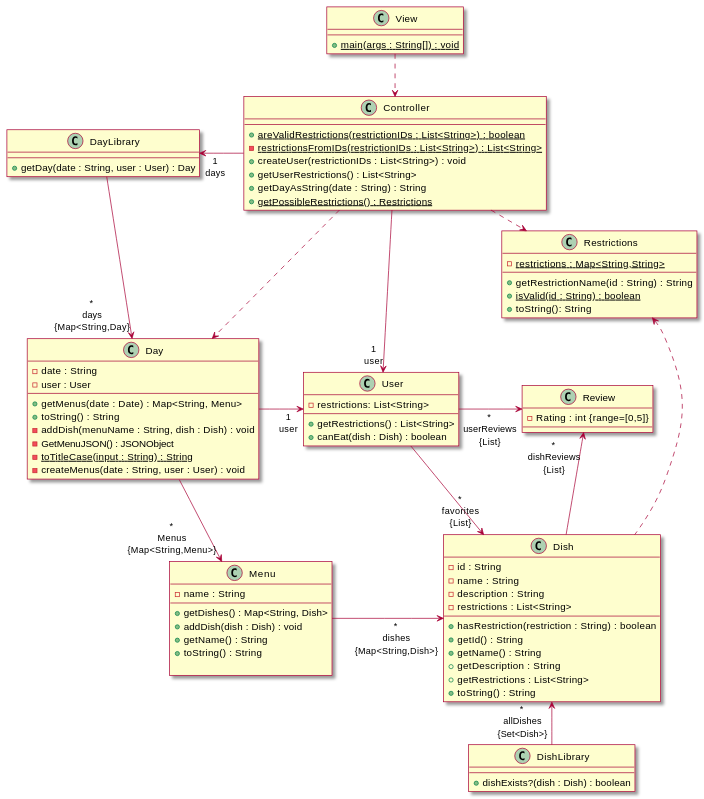
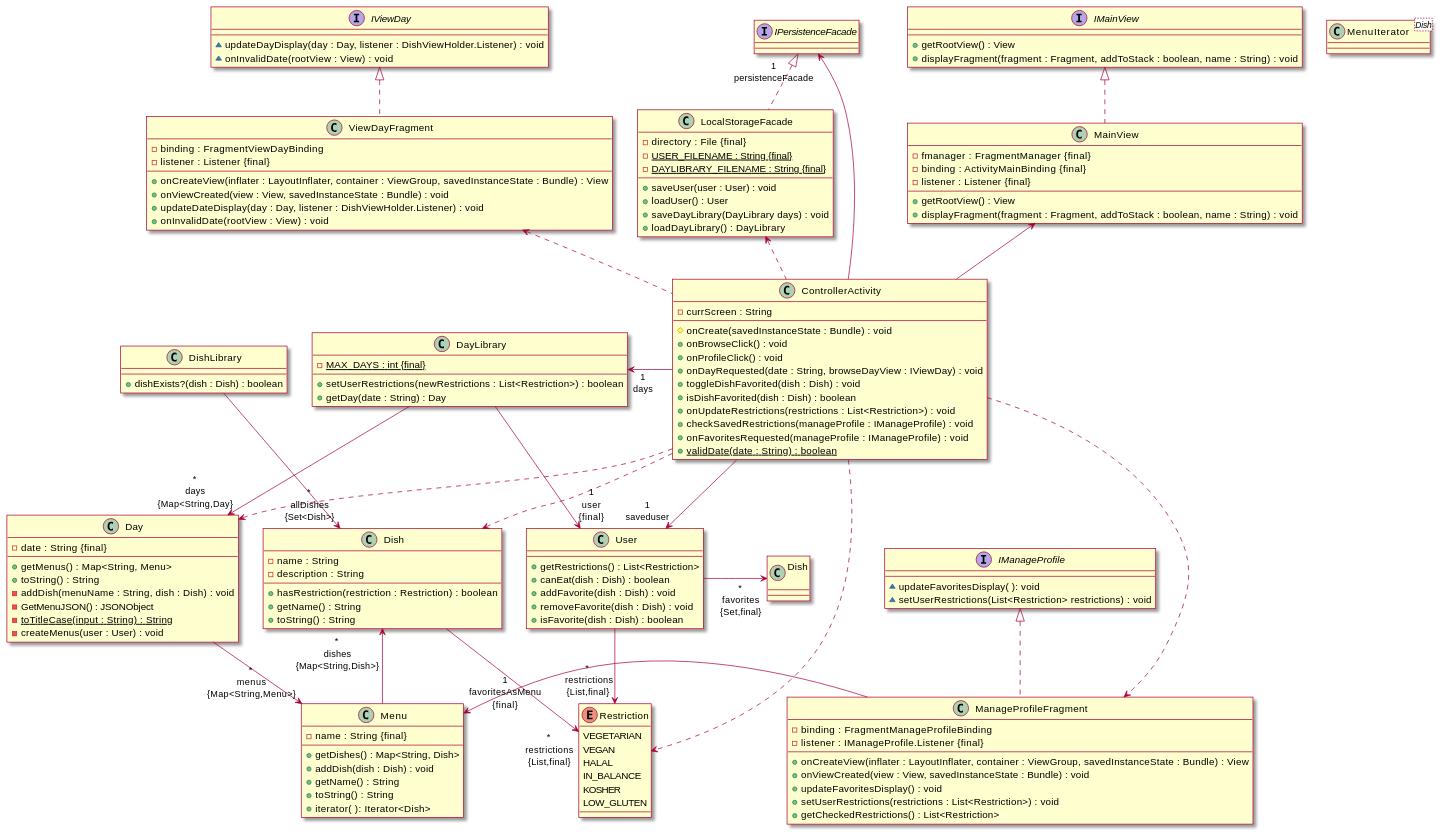
Before and after one commit to sashap100/Vassar-Dining-App: the first of 4 diagrams in intellij/doc/design.md, drawn with PlantUML. The commit also changed other lines of this file, not shown here.

Commit message:
Updated class diagram to reflect new controller and view classes/interfaces, needs rearranging

````diff
--- a/intellij/doc/design.md
+++ b/intellij/doc/design.md
@@ -18,90 +18,167 @@
 
 ' classes
 class User{
-    - restrictions: List<String>
     --
-    + getRestrictions() : List<String>
+    + getRestrictions() : List<Restriction>
     + canEat(dish : Dish) : boolean
+    + addFavorite(dish : Dish) : void
+    + removeFavorite(dish : Dish) : void
+    + isFavorite(dish : Dish) : boolean
 }
 class DayLibrary{
+    - {static} MAX_DAYS : int {final}
     --
-    + getDay(date : String, user : User) : Day
+    + setUserRestrictions(newRestrictions : List<Restriction>) : boolean
+    + getDay(date : String) : Day
 }
 class Day{
-    - date : String
-    - user : User
+    - date : String {final}
     --
-    + getMenus(date : Date) : Map<String, Menu>
+    + getMenus() : Map<String, Menu>
     + toString() : String
     - addDish(menuName : String, dish : Dish) : void
     - GetMenuJSON() : JSONObject
     {static} - toTitleCase(input : String) : String
-    - createMenus(date : String, user : User) : void
+    - createMenus(user : User) : void
 }
 class Menu{
-    - name : String
+    - name : String {final}
     --
     + getDishes() : Map<String, Dish>
     + addDish(dish : Dish) : void
     + getName() : String
     + toString() : String
-    
+    + iterator( ): Iterator<Dish>
+}
+class MenuIterator<Dish>{
+    'TODO add this
 }
 class Dish{
-    - id : String
     - name : String
     - description : String
-    - restrictions : List<String>
     --
-    + hasRestriction(restriction : String) : boolean
-    + getId() : String
+    + hasRestriction(restriction : Restriction) : boolean
     + getName() : String
-    + getDescription : String
-    + getRestrictions : List<String>
     + toString() : String
 }
 class DishLibrary{
     __
     + dishExists?(dish : Dish) : boolean
 }
-class Review{
-    - Rating : int {range=[0,5]}
+class ControllerActivity{
+    - currScreen : String
+    --
+    # onCreate(savedInstanceState : Bundle) : void
+    + onBrowseClick() : void
+    + onProfileClick() : void
+    + onDayRequested(date : String, browseDayView : IViewDay) : void
+    + toggleDishFavorited(dish : Dish) : void
+    + isDishFavorited(dish : Dish) : boolean
+    + onUpdateRestrictions(restrictions : List<Restriction>) : void
+    + checkSavedRestrictions(manageProfile : IManageProfile) : void
+    + onFavoritesRequested(manageProfile : IManageProfile) : void
+    'TODO move this to ViewDay?
+    + {static} validDate(date : String) : boolean
 }
-class Controller{
+enum Restriction{
+    VEGETARIAN
+    VEGAN
+    HALAL
+    IN_BALANCE
+    KOSHER
+    LOW_GLUTEN
+}
+interface IMainView{
+    'TODO need to add Listener interface inside?
     --
-    {static} + areValidRestrictions(restrictionIDs : List<String>) : boolean
-    {static} - restrictionsFromIDs(restrictionIDs : List<String>) : List<String>
-    + createUser(restrictionIDs : List<String>) : void
-    + getUserRestrictions() : List<String>
-    + getDayAsString(date : String) : String
-    {static} + getPossibleRestrictions() : Restrictions
+    + getRootView() : View
+    + displayFragment(fragment : Fragment, addToStack : boolean, name : String) : void
 }
-class Restrictions{
-    {static} - restrictions : Map<String,String>
+interface IViewDay{
     --
-    + getRestrictionName(id : String) : String
-    {static} + isValid(id : String) : boolean
-    + toString(): String
+    ~ updateDayDisplay(day : Day, listener : DishViewHolder.Listener) : void
+    ~ onInvalidDate(rootView : View) : void
+    'TODO need to add Listener interface inside?
 }
-class View{
-    {static} + main(args : String[]) : void
+interface IManageProfile{
+    --
+    ~ updateFavoritesDisplay( ): void
+    ~ setUserRestrictions(List<Restriction> restrictions) : void
+    'TODO need to add Listener interface inside?
 }
+class MainView{
+    - fmanager : FragmentManager {final}
+    - binding : ActivityMainBinding {final}
+    - listener : Listener {final}
+    --
+    + getRootView() : View
+    + displayFragment(fragment : Fragment, addToStack : boolean, name : String) : void
+}
+class ViewDayFragment{
+    - binding : FragmentViewDayBinding
+    - listener : Listener {final}
+    --
+    + onCreateView(inflater : LayoutInflater, container : ViewGroup, savedInstanceState : Bundle) : View
+    + onViewCreated(view : View, savedInstanceState : Bundle) : void
+    + updateDateDisplay(day : Day, listener : DishViewHolder.Listener) : void
+    + onInvalidDate(rootView : View) : void
+}
+class ManageProfileFragment{
+    - binding : FragmentManageProfileBinding
+    - listener : IManageProfile.Listener {final}
+    --
+    + onCreateView(inflater : LayoutInflater, container : ViewGroup, savedInstanceState : Bundle) : View
+    + onViewCreated(view : View, savedInstanceState : Bundle) : void
+    + updateFavoritesDisplay() : void
+    + setUserRestrictions(restrictions : List<Restriction>) : void
+    + getCheckedRestrictions() : List<Restriction>
+}
+interface IPersistenceFacade{
+}
+class LocalStorageFacade{
+    - directory : File {final}
+    - {static} USER_FILENAME : String {final}
+    - {static} DAYLIBRARY_FILENAME : String {final}
+    --
+    + saveUser(user : User) : void
+    + loadUser() : User
+    + saveDayLibrary(DayLibrary days) : void
+    + loadDayLibrary() : DayLibrary
+}
+'TODO need to add holders and adapters?
 
 ' associations
-User -right-> "*\nuserReviews\n{List}" Review : \t\t
-Dish -up-> "*\ndishReviews\n{List}" Review
-User -right-> "*\nfavorites\n{List}" Dish : \t\t
-Day -down-> "*\nMenus\n{Map<String,Menu>}" Menu
-Menu -right-> "*\ndishes\n{Map<String,Dish>}" Dish : \t\t
-Controller -down-> "1\nuser" User
-Controller -left-> "1\ndays" DayLibrary : \t
-View .down.> Controller
-Day -> "1\nuser" User : \t
-DayLibrary -down-> "*\ndays\n{Map<String,Day}" Day
-DishLibrary -up-> "*\nallDishes\n{Set<Dish>}" Dish
-Controller .> Restrictions
-Controller .down.> Day
-Dish .up.> Restrictions
+ControllerActivity -down-> "1\nsaveduser" User
+ControllerActivity -left-> "1\ndays" DayLibrary : \t
+ControllerActivity -up-> MainView
+ControllerActivity -up-> "1\npersistenceFacade" IPersistenceFacade
+ControllerActivity .up.> LocalStorageFacade
+ControllerActivity .up.> ViewDayFragment
+ControllerActivity .right.> ManageProfileFragment
+ControllerActivity .down.> Restriction
+ControllerActivity .down.> Day
+ControllerActivity .right.> Dish
+
+DayLibrary -right-> "1\nuser\n{final}" User : \t
+DayLibrary -right-> "*\ndays\n{Map<String,Day}" Day
+
+User -right-> "*\nfavorites\n{Set,final}" Dish\n : \t\t
+User -down-> "*\n restrictions\n{List,final}" Restriction
+
+Day -down-> "*\nmenus\n{Map<String,Menu>}" Menu
+
+Menu -left-> "*\ndishes\n{Map<String,Dish>}" Dish : \t\t
+
+
+DishLibrary -down-> "*\nallDishes\n{Set<Dish>}" Dish
+Dish -down-> "*\nrestrictions\n{List,final}" Restriction
+
+IMainView <|.. MainView
+IViewDay <|.. ViewDayFragment
+IManageProfile <|.. ManageProfileFragment
+IPersistenceFacade <|.. LocalStorageFacade
+ManageProfileFragment -left-> "1\nfavoritesAsMenu\n{final}" Menu
+
 
 @enduml
 ```
````
